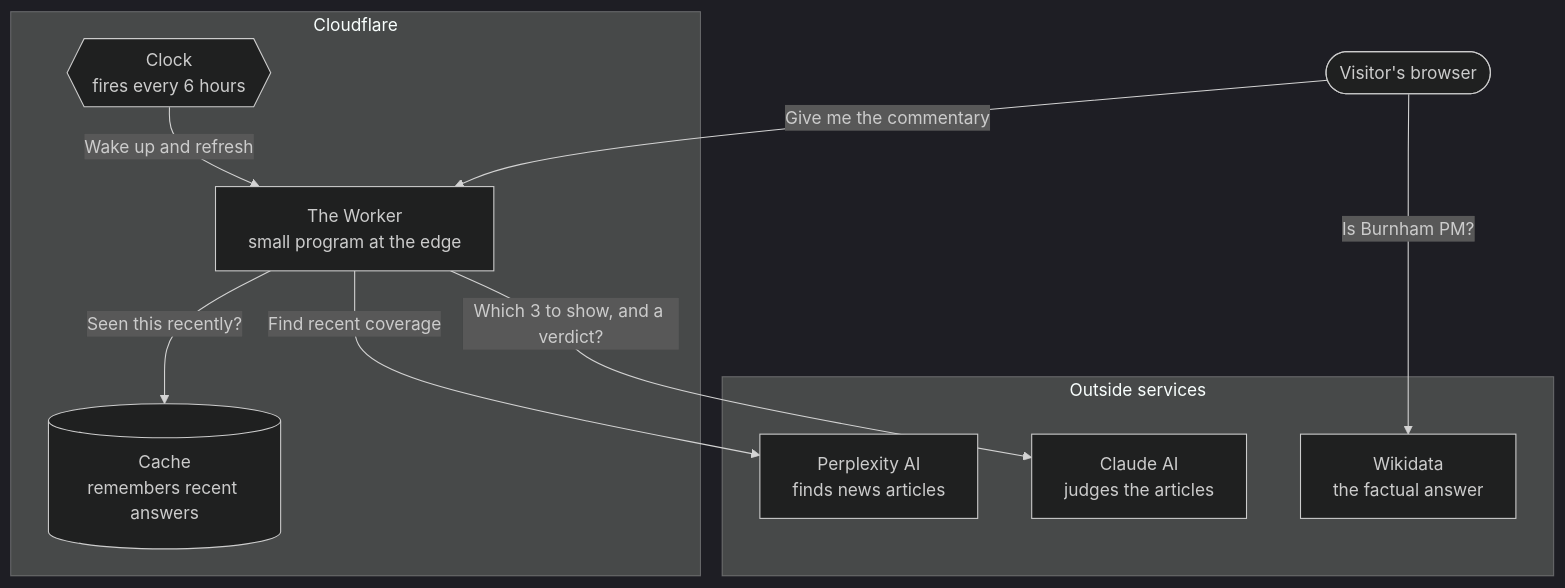
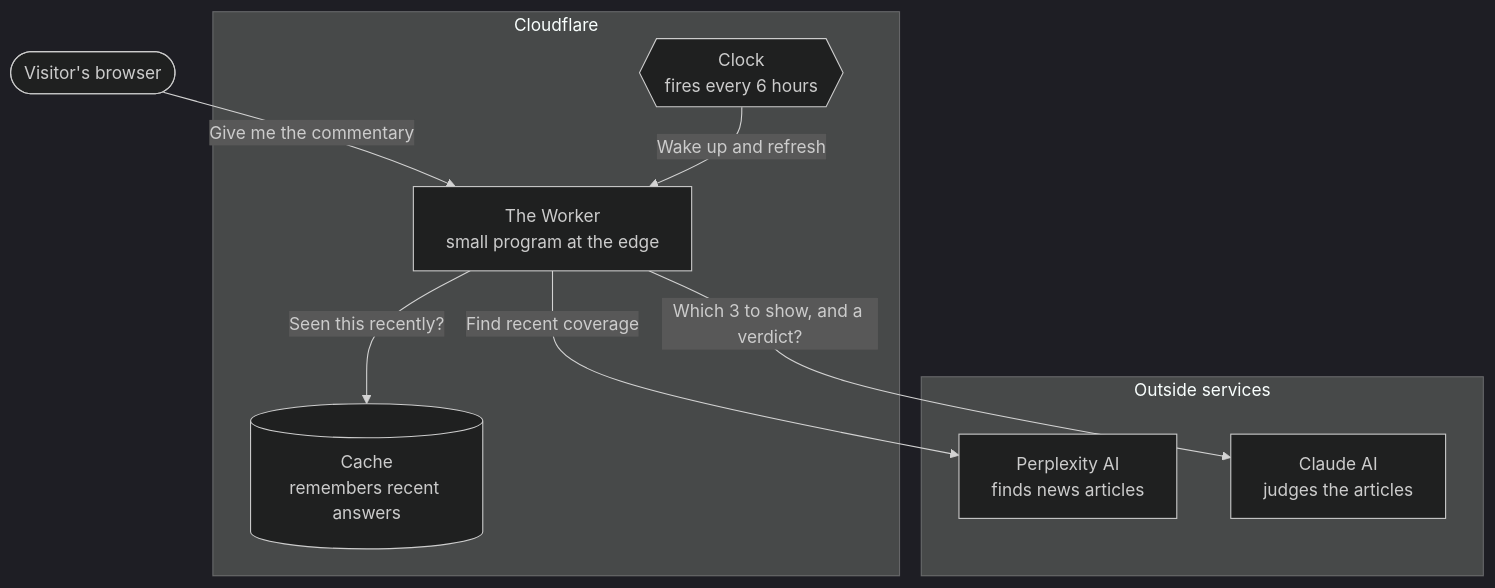
Before and after one commit to mannepanne/is-burnham-pm-yet: the first of 2 diagrams in ARCHITECTURE.md, drawn with Mermaid (dark theme). The commit also changed other lines of this file and 6 other files, not shown here.

First line of the commit message:
Default the hero answer to "Yes"; retire the live Wikidata check (#31)

````diff
--- a/ARCHITECTURE.md
+++ b/ARCHITECTURE.md
@@ -40,23 +40,21 @@
 ```mermaid
 graph TD
     Visitor([Visitor's browser])
 
     subgraph Cloudflare
         Worker[The Worker<br/>small program at the edge]
         KV[(Cache<br/>remembers recent answers)]
         Cron{{Clock<br/>fires every 6 hours}}
     end
 
     subgraph Outside services
-        Wikidata[Wikidata<br/>the factual answer]
         Perplexity[Perplexity AI<br/>finds news articles]
         Claude[Claude AI<br/>judges the articles]
     end
 
-    Visitor -->|Is Burnham PM?| Wikidata
     Visitor -->|Give me the commentary| Worker
     Worker -->|Seen this recently?| KV
     Cron -->|Wake up and refresh| Worker
     Worker -->|Find recent coverage| Perplexity
     Worker -->|Which 3 to show, and a verdict?| Claude
 ```
````
